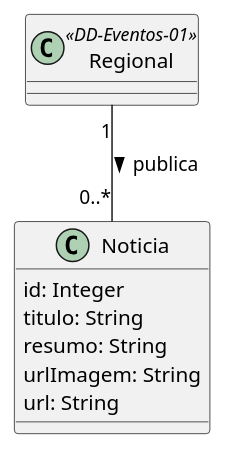
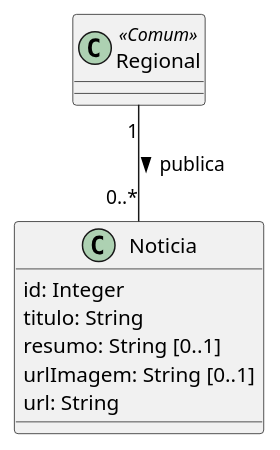
One commit to joseduardogon/Minha_UFG_Grupo_Cinza changed the diagram in Noticias/DD-Noticias-01.md. Above: the diagram before and after it, drawn with PlantUML. The commit also changed 38 other files, not shown here.

````diff
--- a/Noticias/DD-Noticias-01.md
+++ b/Noticias/DD-Noticias-01.md
@@ -39,11 +39,11 @@
 ```plantuml
 class Noticia {
   id: Integer
   titulo: String
-  resumo: String
-  urlImagem: String
+  resumo: String [0..1]
+  urlImagem: String [0..1]
   url: String
 }
-class Regional <<DD-Eventos-01>>
+class Regional <<Comum>>
 Regional "1" -- "0..*" Noticia : publica >
 ```
````
